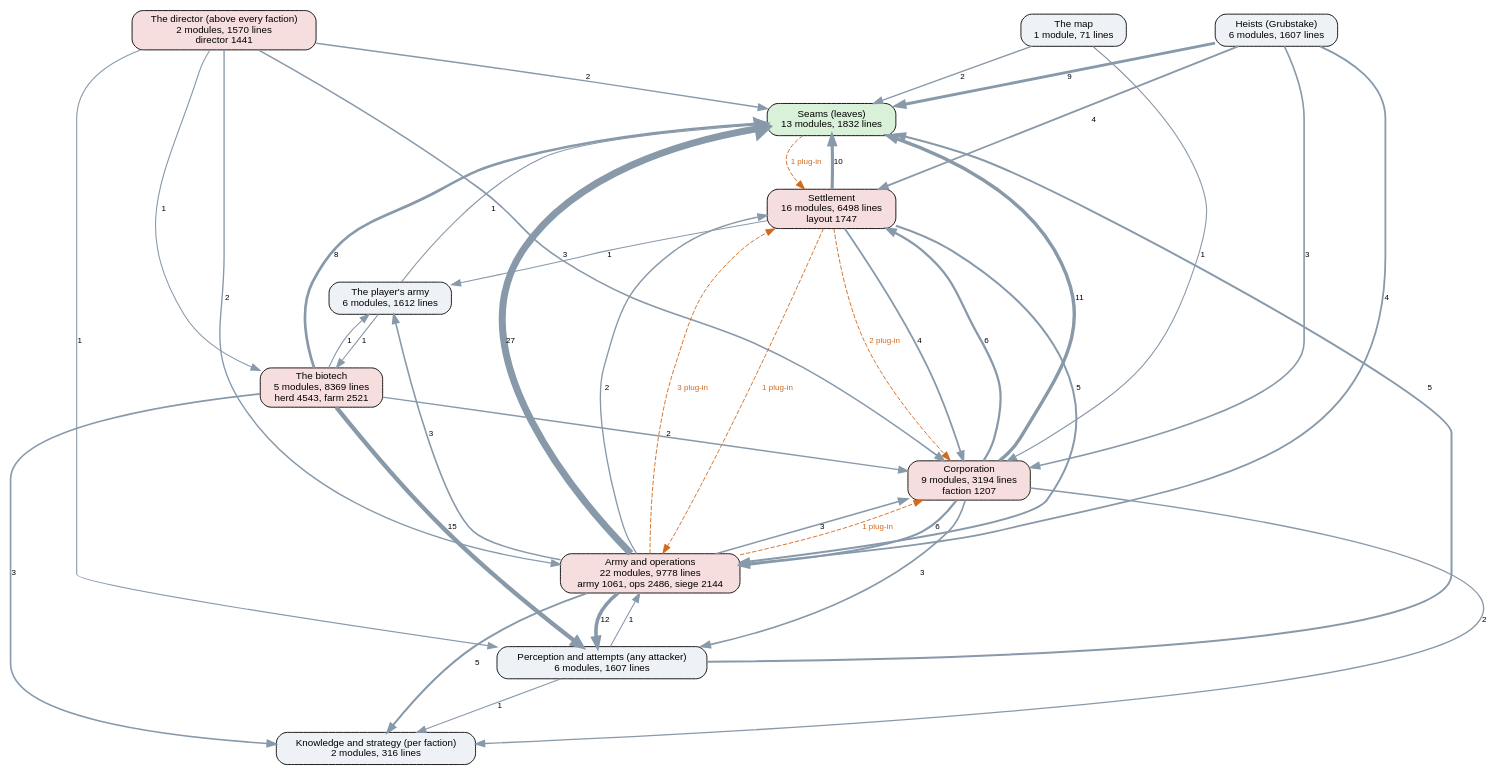
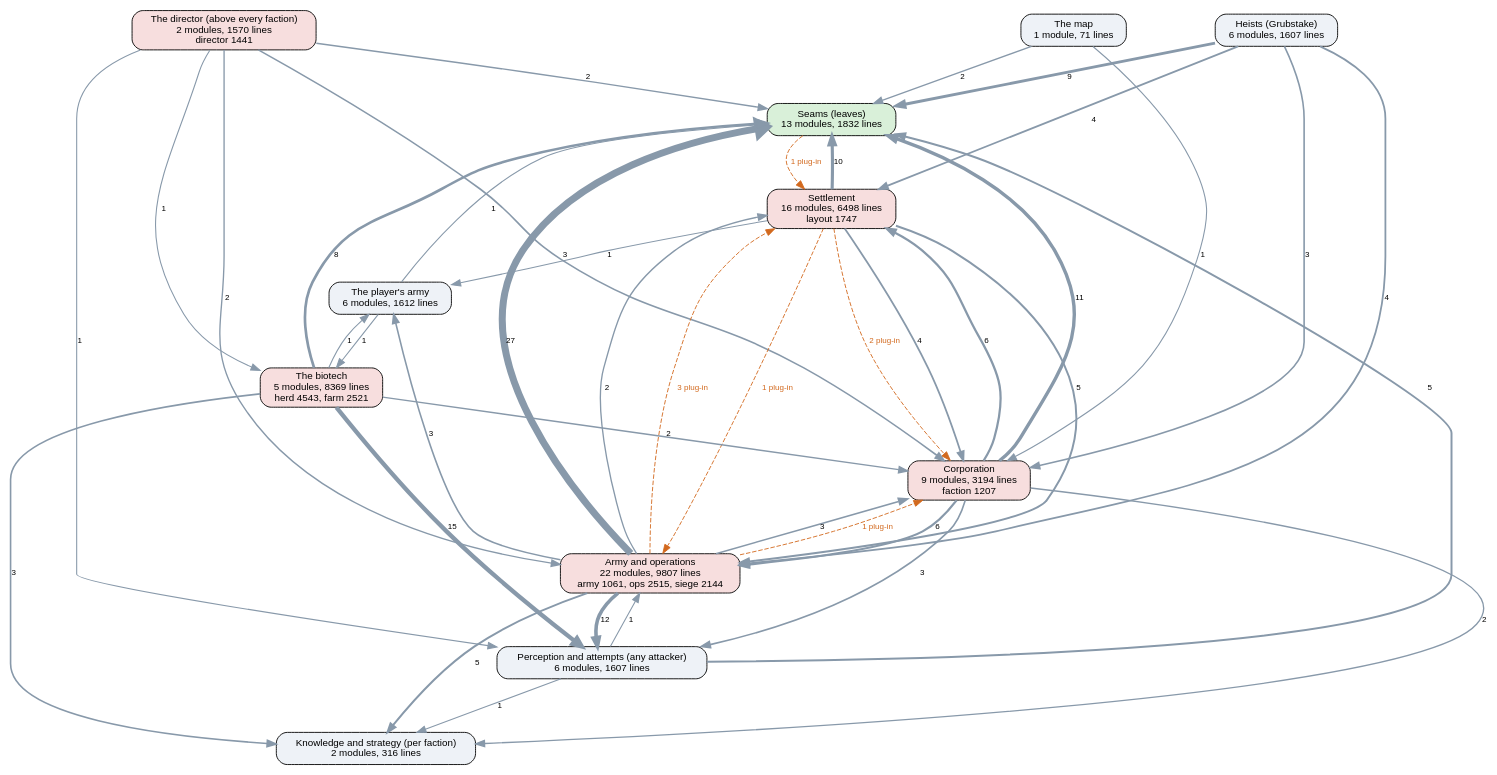
The diagram in docs/ai-layers.dot (kinelhu/landing-party), drawn with Graphviz before and after one commit. The commit also changed 12 other files, not shown here.

```diff
--- a/docs/ai-layers.dot
+++ b/docs/ai-layers.dot
@@ -1,57 +1,57 @@
 digraph layers {
   graph [rankdir=TB, fontname="Helvetica", nodesep=0.5, ranksep=0.7];
   node [shape=box, style="rounded,filled", fontname="Helvetica", fontsize=11, fillcolor="#eef2f7"];
   edge [color="#8899aa", fontname="Helvetica", fontsize=9];
   "Seams (leaves)" [label="Seams (leaves)\n13 modules, 1832 lines", fillcolor="#d9f0d9"];
   "Perception and attempts (any attacker)" [label="Perception and attempts (any attacker)\n6 modules, 1607 lines", fillcolor="#eef2f7"];
   "Knowledge and strategy (per faction)" [label="Knowledge and strategy (per faction)\n2 modules, 316 lines", fillcolor="#eef2f7"];
   "The director (above every faction)" [label="The director (above every faction)\n2 modules, 1570 lines\ndirector 1441", fillcolor="#f7dede"];
   "Corporation" [label="Corporation\n9 modules, 3194 lines\nfaction 1207", fillcolor="#f7dede"];
   "Settlement" [label="Settlement\n16 modules, 6498 lines\nlayout 1747", fillcolor="#f7dede"];
-  "Army and operations" [label="Army and operations\n22 modules, 9778 lines\narmy 1061, ops 2486, siege 2144", fillcolor="#f7dede"];
+  "Army and operations" [label="Army and operations\n22 modules, 9807 lines\narmy 1061, ops 2515, siege 2144", fillcolor="#f7dede"];
   "Heists (Grubstake)" [label="Heists (Grubstake)\n6 modules, 1607 lines", fillcolor="#eef2f7"];
   "The biotech" [label="The biotech\n5 modules, 8369 lines\nherd 4543, farm 2521", fillcolor="#f7dede"];
   "The map" [label="The map\n1 module, 71 lines", fillcolor="#eef2f7"];
   "The player's army" [label="The player's army\n6 modules, 1612 lines", fillcolor="#eef2f7"];
   "Army and operations" -> "Corporation" [label="3", penwidth=1.8];
   "Army and operations" -> "Knowledge and strategy (per faction)" [label="5", penwidth=2.2];
   "Army and operations" -> "Perception and attempts (any attacker)" [label="12", penwidth=4.0];
   "Army and operations" -> "Seams (leaves)" [label="27", penwidth=7.8];
   "Army and operations" -> "Settlement" [label="2", penwidth=1.5];
   "Army and operations" -> "The player's army" [label="3", penwidth=1.8];
   "Corporation" -> "Army and operations" [label="6", penwidth=2.5];
   "Corporation" -> "Knowledge and strategy (per faction)" [label="2", penwidth=1.5];
   "Corporation" -> "Perception and attempts (any attacker)" [label="3", penwidth=1.8];
   "Corporation" -> "Seams (leaves)" [label="11", penwidth=3.8];
   "Corporation" -> "Settlement" [label="6", penwidth=2.5];
   "Heists (Grubstake)" -> "Army and operations" [label="4", penwidth=2.0];
   "Heists (Grubstake)" -> "Corporation" [label="3", penwidth=1.8];
   "Heists (Grubstake)" -> "Seams (leaves)" [label="9", penwidth=3.2];
   "Heists (Grubstake)" -> "Settlement" [label="4", penwidth=2.0];
   "Perception and attempts (any attacker)" -> "Army and operations" [label="1", penwidth=1.2];
   "Perception and attempts (any attacker)" -> "Knowledge and strategy (per faction)" [label="1", penwidth=1.2];
   "Perception and attempts (any attacker)" -> "Seams (leaves)" [label="5", penwidth=2.2];
   "Settlement" -> "Army and operations" [label="5", penwidth=2.2];
   "Settlement" -> "Corporation" [label="4", penwidth=2.0];
   "Settlement" -> "Seams (leaves)" [label="10", penwidth=3.5];
   "Settlement" -> "The player's army" [label="1", penwidth=1.2];
   "The biotech" -> "Corporation" [label="2", penwidth=1.5];
   "The biotech" -> "Knowledge and strategy (per faction)" [label="3", penwidth=1.8];
   "The biotech" -> "Perception and attempts (any attacker)" [label="15", penwidth=4.8];
   "The biotech" -> "Seams (leaves)" [label="8", penwidth=3.0];
   "The biotech" -> "The player's army" [label="1", penwidth=1.2];
   "The director (above every faction)" -> "Army and operations" [label="2", penwidth=1.5];
   "The director (above every faction)" -> "Corporation" [label="3", penwidth=1.8];
   "The director (above every faction)" -> "Perception and attempts (any attacker)" [label="1", penwidth=1.2];
   "The director (above every faction)" -> "Seams (leaves)" [label="2", penwidth=1.5];
   "The director (above every faction)" -> "The biotech" [label="1", penwidth=1.2];
   "The map" -> "Corporation" [label="1", penwidth=1.2];
   "The map" -> "Seams (leaves)" [label="2", penwidth=1.5];
   "The player's army" -> "Seams (leaves)" [label="1", penwidth=1.2];
   "The player's army" -> "The biotech" [label="1", penwidth=1.2];
   "Army and operations" -> "Corporation" [style=dashed, color="#d2691e", fontcolor="#d2691e", label="1 plug-in"];
   "Army and operations" -> "Settlement" [style=dashed, color="#d2691e", fontcolor="#d2691e", label="3 plug-in"];
   "Seams (leaves)" -> "Settlement" [style=dashed, color="#d2691e", fontcolor="#d2691e", label="1 plug-in"];
   "Settlement" -> "Army and operations" [style=dashed, color="#d2691e", fontcolor="#d2691e", label="1 plug-in"];
   "Settlement" -> "Corporation" [style=dashed, color="#d2691e", fontcolor="#d2691e", label="2 plug-in"];
 }
```
